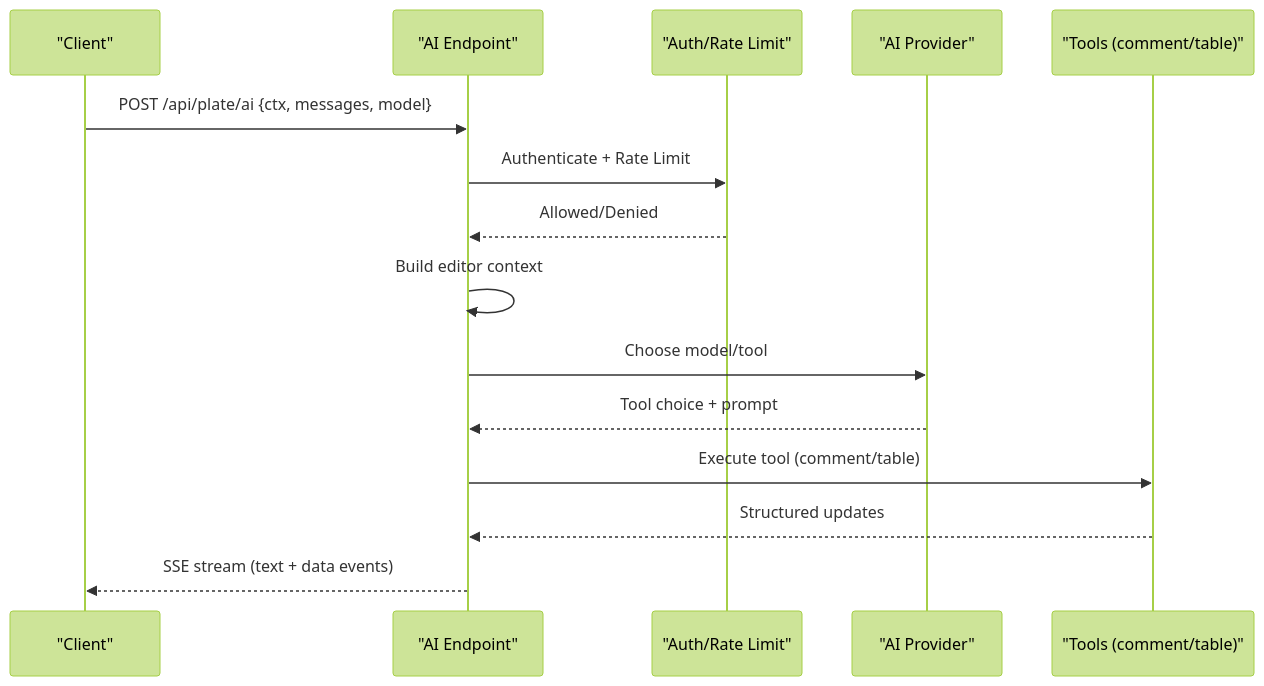
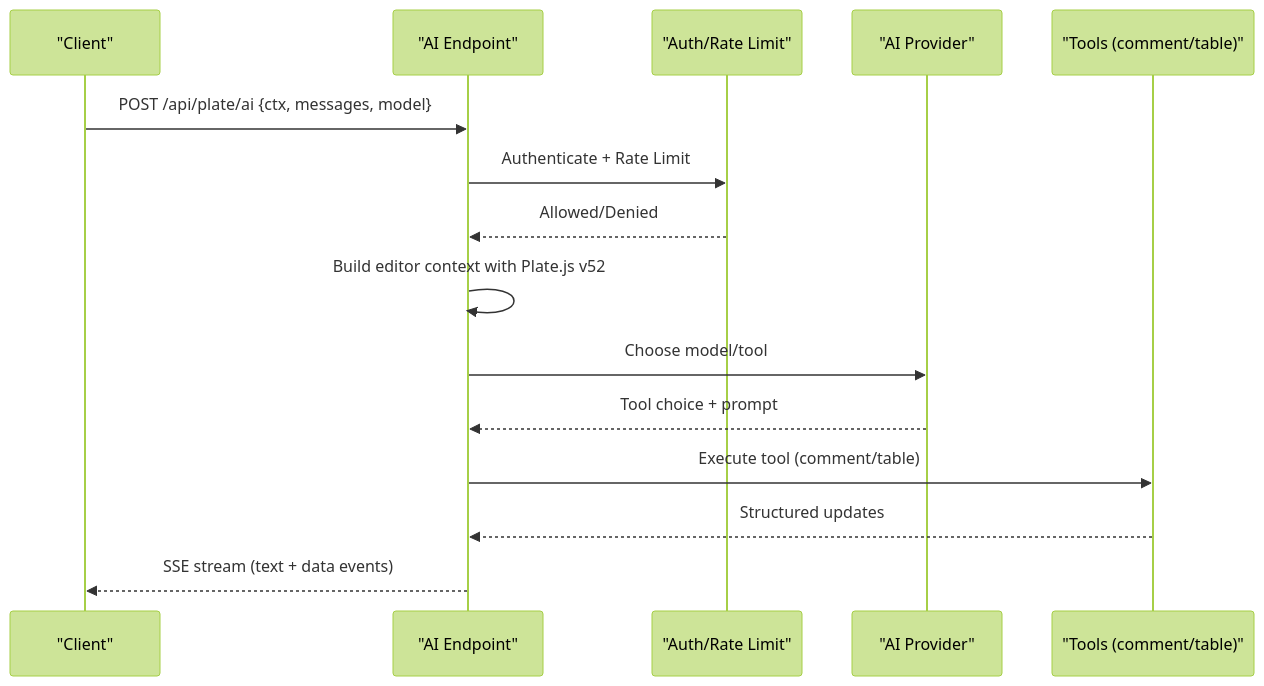
One commit to SinesysTech/zattar-os changed the fifth of 10 diagrams in .qoder/repowiki/en/content/AI Integration and Features/AI-Assisted Document Editor.md. Above: the diagram before and after it, drawn with Mermaid (forest theme). The commit also changed other lines of this file and 4 other files, not shown here.

````diff
--- a/.qoder/repowiki/en/content/AI Integration and Features/AI-Assisted Document Editor.md
+++ b/.qoder/repowiki/en/content/AI Integration and Features/AI-Assisted Document Editor.md
@@ -282,17 +293,17 @@
 ```mermaid
 sequenceDiagram
 participant Client as "Client"
 participant API as "AI Endpoint"
 participant Auth as "Auth/Rate Limit"
 participant Prov as "AI Provider"
 participant Tools as "Tools (comment/table)"
 Client->>API : POST /api/plate/ai {ctx, messages, model}
 API->>Auth : Authenticate + Rate Limit
 Auth-->>API : Allowed/Denied
-API->>API : Build editor context
+API->>API : Build editor context with Plate.js v52
 API->>Prov : Choose model/tool
 Prov-->>API : Tool choice + prompt
 API->>Tools : Execute tool (comment/table)
 Tools-->>API : Structured updates
 API-->>Client : SSE stream (text + data events)
 ```
````
